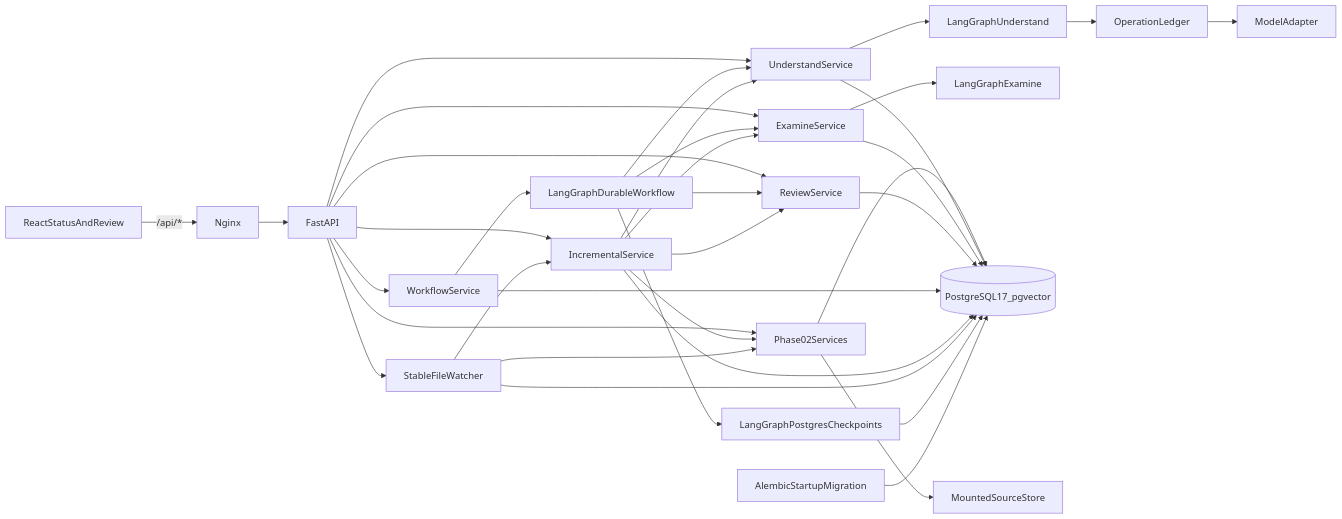
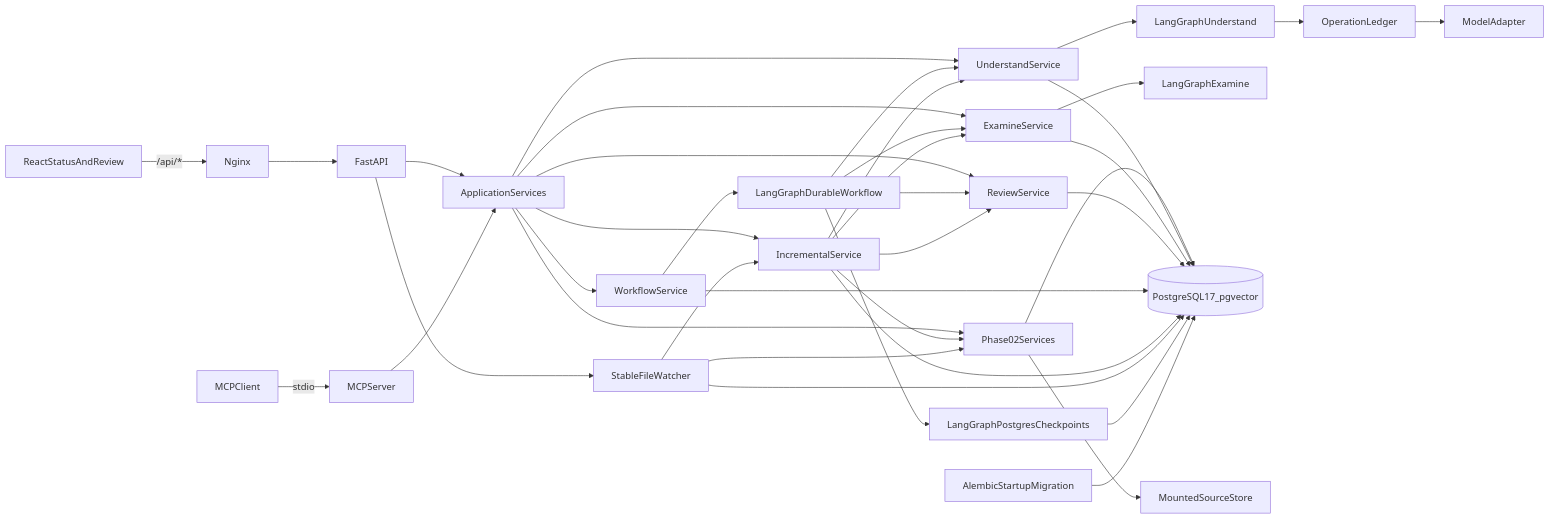
The first of 6 diagrams in docs/architecture.md (Rahul9214/doctask-rahul-ranjan), drawn with Mermaid before and after one commit. The commit also changed other lines of this file and 29 other files, not shown here.

Commit message:
feat: add MCP business operations and workflow status

````diff
--- a/docs/architecture.md
+++ b/docs/architecture.md
@@ -62,37 +65,40 @@
 ```mermaid
 flowchart LR
     Browser[ReactStatusAndReview] -->|/api/*| Nginx[Nginx]
     Nginx --> API[FastAPI]
-    API --> P2[Phase02Services]
-    API --> P3[UnderstandService]
-    API --> P4[ExamineService]
-    API --> P5[ReviewService]
-    API --> P6[WorkflowService]
-    API --> P7[IncrementalService]
+    Machine[MCPClient] -->|stdio| MCP[MCPServer]
+    API --> Services[ApplicationServices]
+    MCP --> Services
+    Services --> P2[Phase02Services]
+    Services --> P3[UnderstandService]
+    Services --> P4[ExamineService]
+    Services --> P5[ReviewService]
+    Services --> P6[WorkflowService]
+    Services --> P7[IncrementalService]
     API --> Watch[StableFileWatcher]
     P6 --> DurableGraph[LangGraphDurableWorkflow]
     DurableGraph --> P3
     DurableGraph --> P4
     DurableGraph --> P5
     P7 --> P2
     P7 --> P3
     P7 --> P4
     P7 --> P5
     Watch --> P2
     Watch --> P7
     P3 --> Graph[LangGraphUnderstand]
     P4 --> ExamineGraph[LangGraphExamine]
     Graph --> Ledger[OperationLedger]
     Ledger --> Model[ModelAdapter]
     P2 --> DB[(PostgreSQL17_pgvector)]
     P3 --> DB
     P4 --> DB
     P5 --> DB
     P6 --> DB
     P7 --> DB
     Watch --> DB
     DurableGraph --> Checkpoints[LangGraphPostgresCheckpoints]
     Checkpoints --> DB
     P2 --> Store[MountedSourceStore]
     Alembic[AlembicStartupMigration] --> DB
 ```
````
